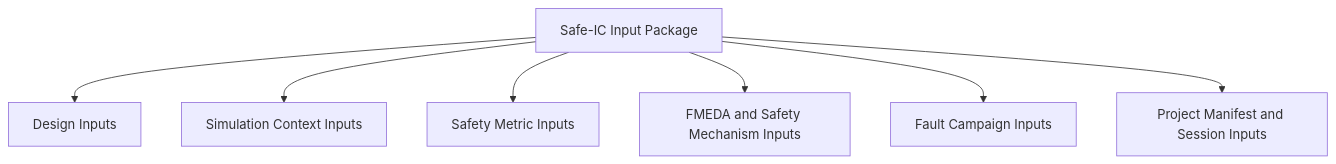
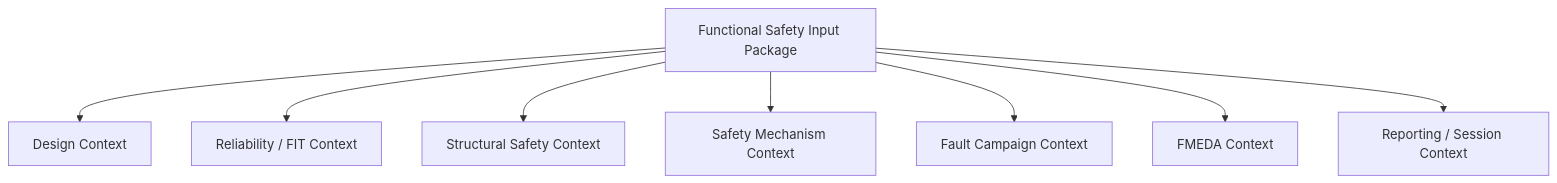
Before and after one commit to qiqixixi1001/automotive-safeic-practice: the third of 7 diagrams in articles/02_automotive_safeic_practice_d02_github_en_generic.md, drawn with Mermaid. The commit also changed other lines of this file, not shown here.

````diff
--- a/articles/02_automotive_safeic_practice_d02_github_en_generic.md
+++ b/articles/02_automotive_safeic_practice_d02_github_en_generic.md
@@ -120,9 +184,11 @@
 ```mermaid
 flowchart TD
-    A[Safe-IC Input Package] --> B[Design Inputs]
-    A --> C[Simulation Context Inputs]
-    A --> D[Safety Metric Inputs]
-    A --> E[FMEDA and Safety Mechanism Inputs]
-    A --> F[Fault Campaign Inputs]
-    A --> G[Project Manifest and Session Inputs]
+    A[Functional Safety Input Package]
+    A --> B[Design Context]
+    A --> C[Reliability / FIT Context]
+    A --> D[Structural Safety Context]
+    A --> E[Safety Mechanism Context]
+    A --> F[Fault Campaign Context]
+    A --> G[FMEDA Context]
+    A --> H[Reporting / Session Context]
 ```
````
